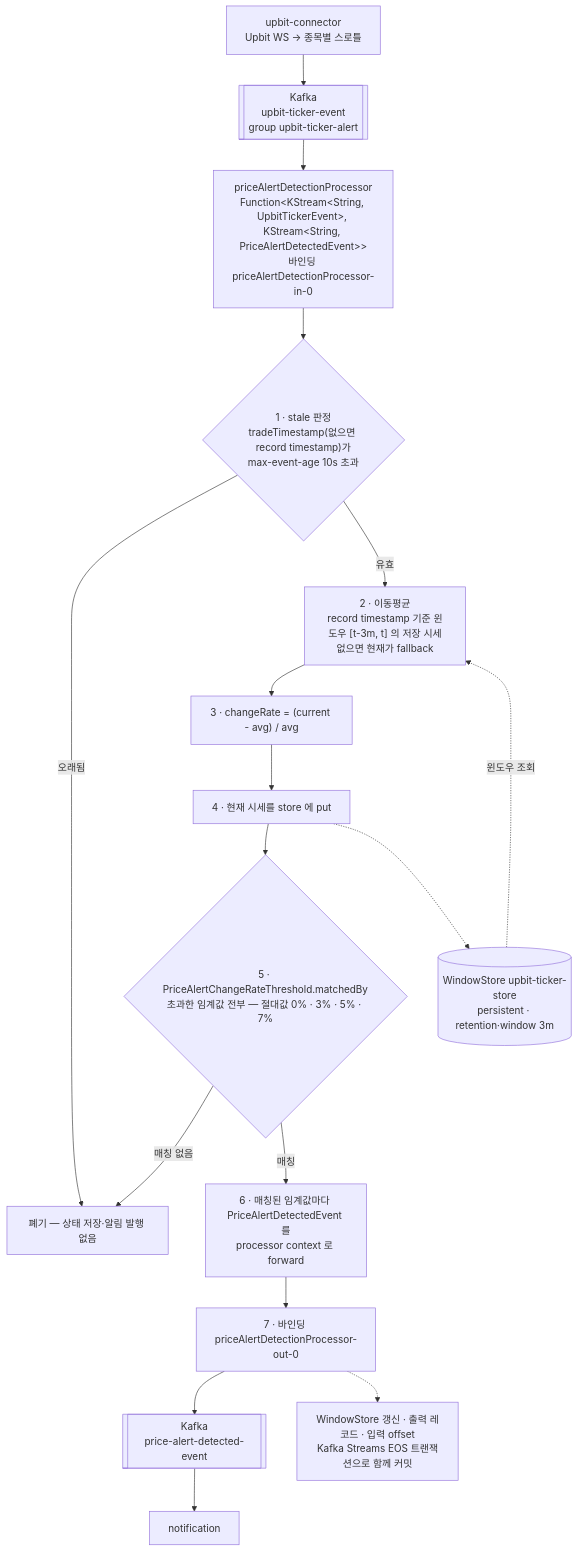
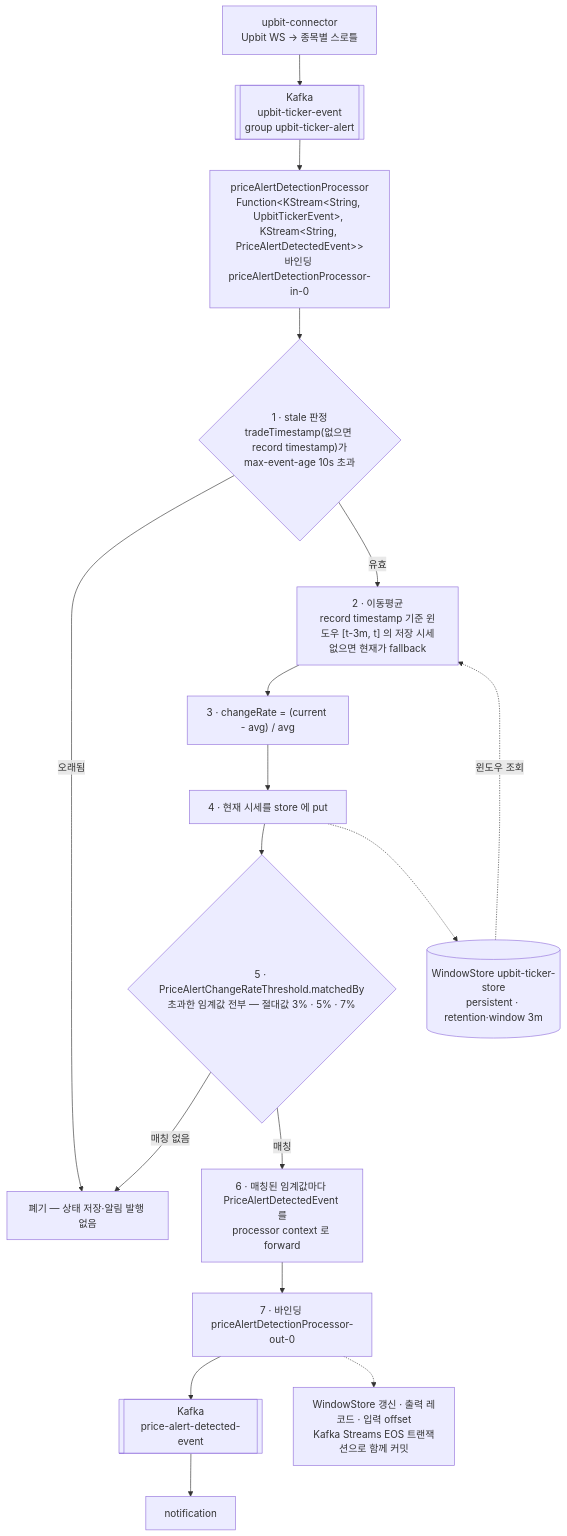
The diagram in docs/modules/MARKET_DETECTION.md (noah0504789/crypto-project-backend), drawn with Mermaid before and after one commit. The commit also changed other lines of this file and 14 other files, not shown here.

````diff
--- a/docs/modules/MARKET_DETECTION.md
+++ b/docs/modules/MARKET_DETECTION.md
@@ -51,28 +51,28 @@
 ```mermaid
 graph TB
   UC["upbit-connector<br/>Upbit WS → 종목별 스로틀"]
   KIN[["Kafka<br/>upbit-ticker-event<br/>group upbit-ticker-alert"]]
   BIND["priceAlertDetectionProcessor<br/>Function&lt;KStream&lt;String, UpbitTickerEvent&gt;, KStream&lt;String, PriceAlertDetectedEvent&gt;&gt;<br/>바인딩 priceAlertDetectionProcessor-in-0"]
   STALE{"1 · stale 판정<br/>tradeTimestamp(없으면 record timestamp)가<br/>max-event-age 10s 초과"}
   DROP["폐기 — 상태 저장·알림 발행 없음"]
   AVG["2 · 이동평균<br/>record timestamp 기준 윈도우 [t-3m, t] 의 저장 시세<br/>없으면 현재가 fallback"]
   RATE["3 · changeRate = (current - avg) / avg"]
   PUT["4 · 현재 시세를 store 에 put"]
-  MATCH{"5 · PriceAlertChangeRateThreshold.matchedBy<br/>초과한 임계값 전부 — 절대값 0% · 3% · 5% · 7%"}
+  MATCH{"5 · PriceAlertChangeRateThreshold.matchedBy<br/>초과한 임계값 전부 — 절대값 3% · 5% · 7%"}
   FWD["6 · 매칭된 임계값마다 PriceAlertDetectedEvent 를<br/>processor context 로 forward"]
   OUTB["7 · 바인딩 priceAlertDetectionProcessor-out-0"]
   KOUT[["Kafka<br/>price-alert-detected-event"]]
   NOTI["notification"]
   STORE[("WindowStore upbit-ticker-store<br/>persistent · retention·window 3m")]
   TX["WindowStore 갱신 · 출력 레코드 · 입력 offset<br/>Kafka Streams EOS 트랜잭션으로 함께 커밋"]
 
   UC --> KIN --> BIND --> STALE
   STALE -->|"오래됨"| DROP
   STALE -->|"유효"| AVG
   STORE -.->|"윈도우 조회"| AVG
   AVG --> RATE --> PUT --> MATCH
   PUT -.-> STORE
   MATCH -->|"매칭 없음"| DROP
   MATCH -->|"매칭"| FWD --> OUTB --> KOUT --> NOTI
   OUTB -.-> TX
 ```
````
